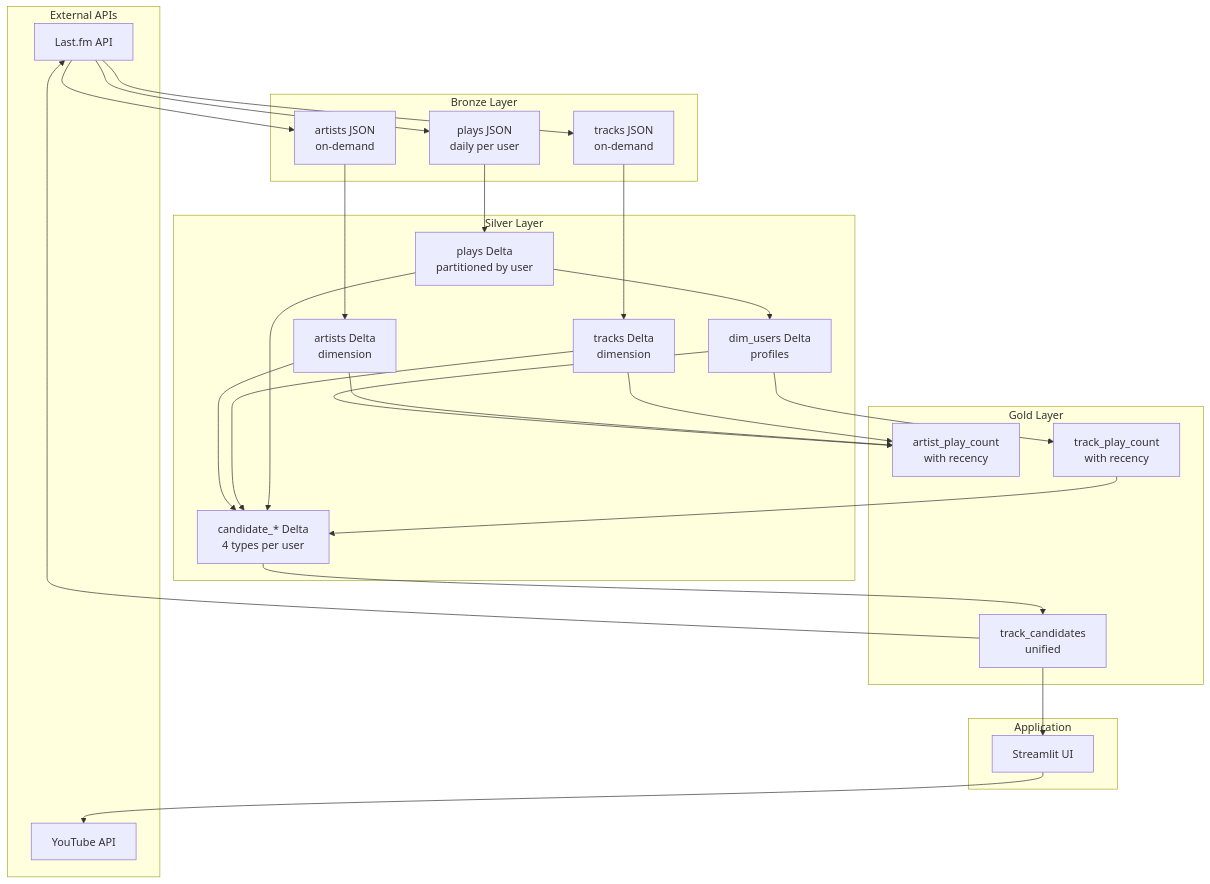
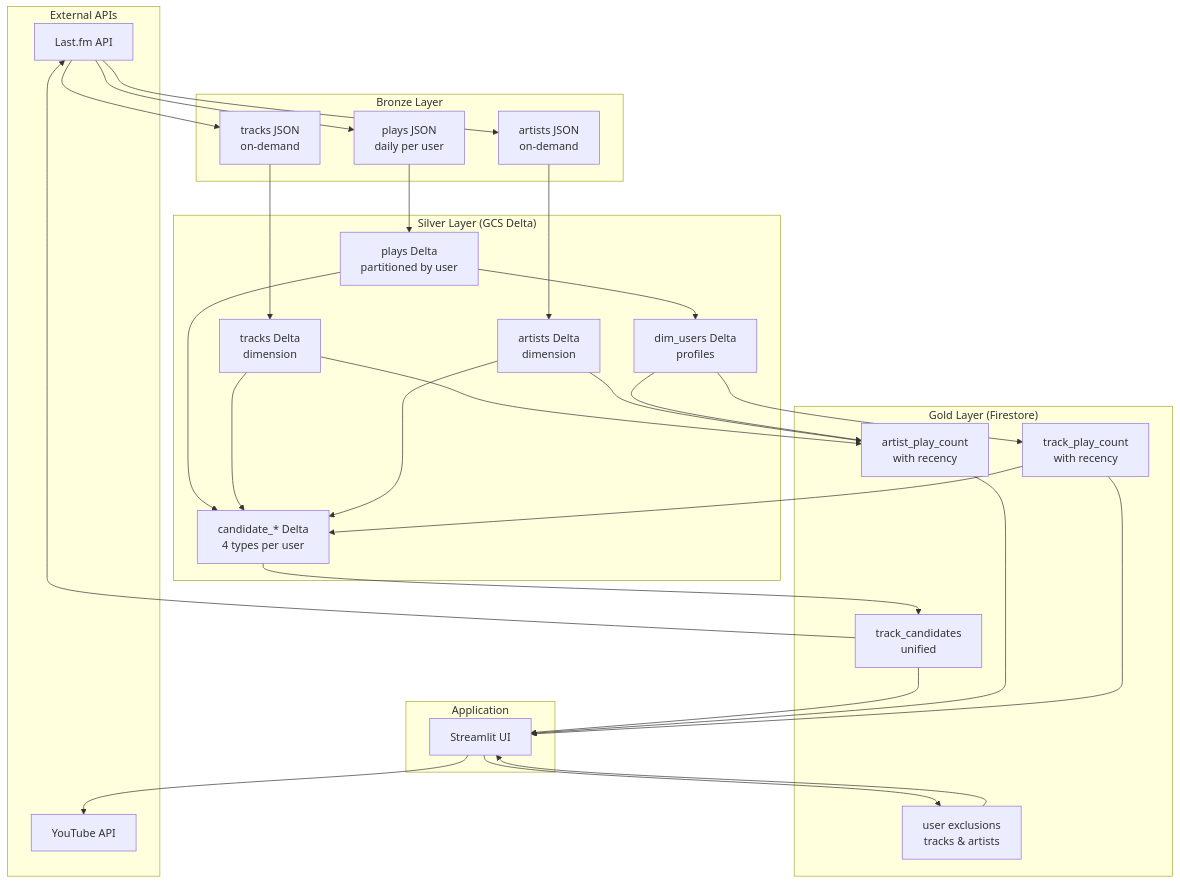
Before and after one commit to boccileonardo/music-airflow: the first of 2 diagrams in docs/complete-architecture.md, drawn with Mermaid. The commit also changed other lines of this file and 12 other files, not shown here.

Commit message:
use firestore db for gold layer

````diff
--- a/docs/complete-architecture.md
+++ b/docs/complete-architecture.md
@@ -29,58 +30,63 @@
 ```mermaid
 graph TB
     subgraph "External APIs"
         API[Last.fm API]
         YT[YouTube API]
     end
 
     subgraph "Bronze Layer"
         B1[plays JSON<br/>daily per user]
         B2[tracks JSON<br/>on-demand]
         B3[artists JSON<br/>on-demand]
     end
 
-    subgraph "Silver Layer"
+    subgraph "Silver Layer (GCS Delta)"
         S1[plays Delta<br/>partitioned by user]
         S2[tracks Delta<br/>dimension]
         S3[artists Delta<br/>dimension]
         S4[dim_users Delta<br/>profiles]
         S5[candidate_* Delta<br/>4 types per user]
     end
 
-    subgraph "Gold Layer"
+    subgraph "Gold Layer (Firestore)"
         G1[artist_play_count<br/>with recency]
         G2[track_play_count<br/>with recency]
         G3[track_candidates<br/>unified]
+        G4[user exclusions<br/>tracks & artists]
     end
 
     subgraph "Application"
         APP[Streamlit UI]
     end
 
     API --> B1
     B1 --> S1
 
     S1 --> S5
     S2 --> S5
     S3 --> S5
     G2 --> S5
 
     S5 --> G3
 
     G3 --> API
     API --> B2
     API --> B3
     B2 --> S2
     B3 --> S3
 
     S1 --> S4
 
     S2 --> G1
     S3 --> G1
     S4 --> G1
 
     S4 --> G2
 
     G3 --> APP
+    G1 --> APP
+    G2 --> APP
+    G4 --> APP
     APP --> YT
+    APP --> G4
 ```
````
